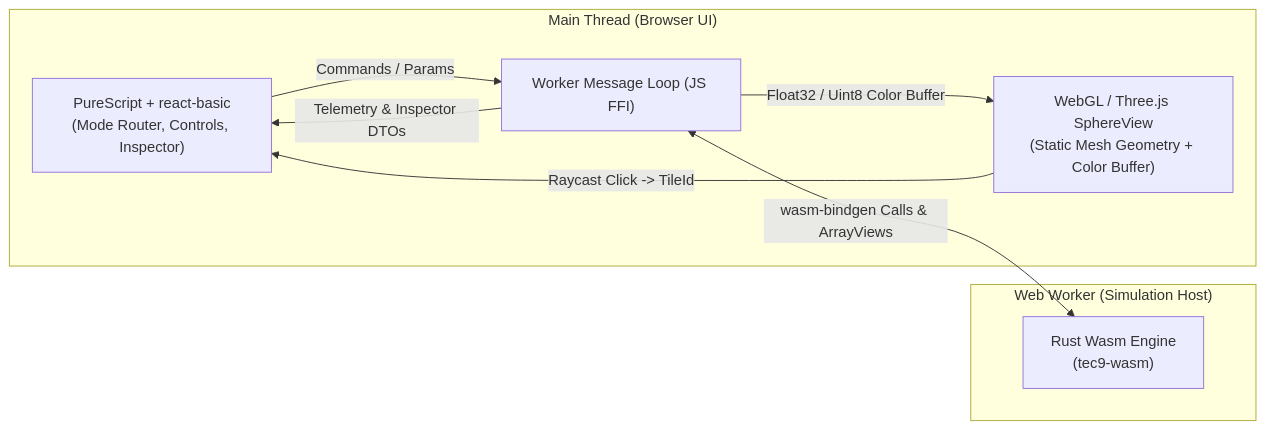
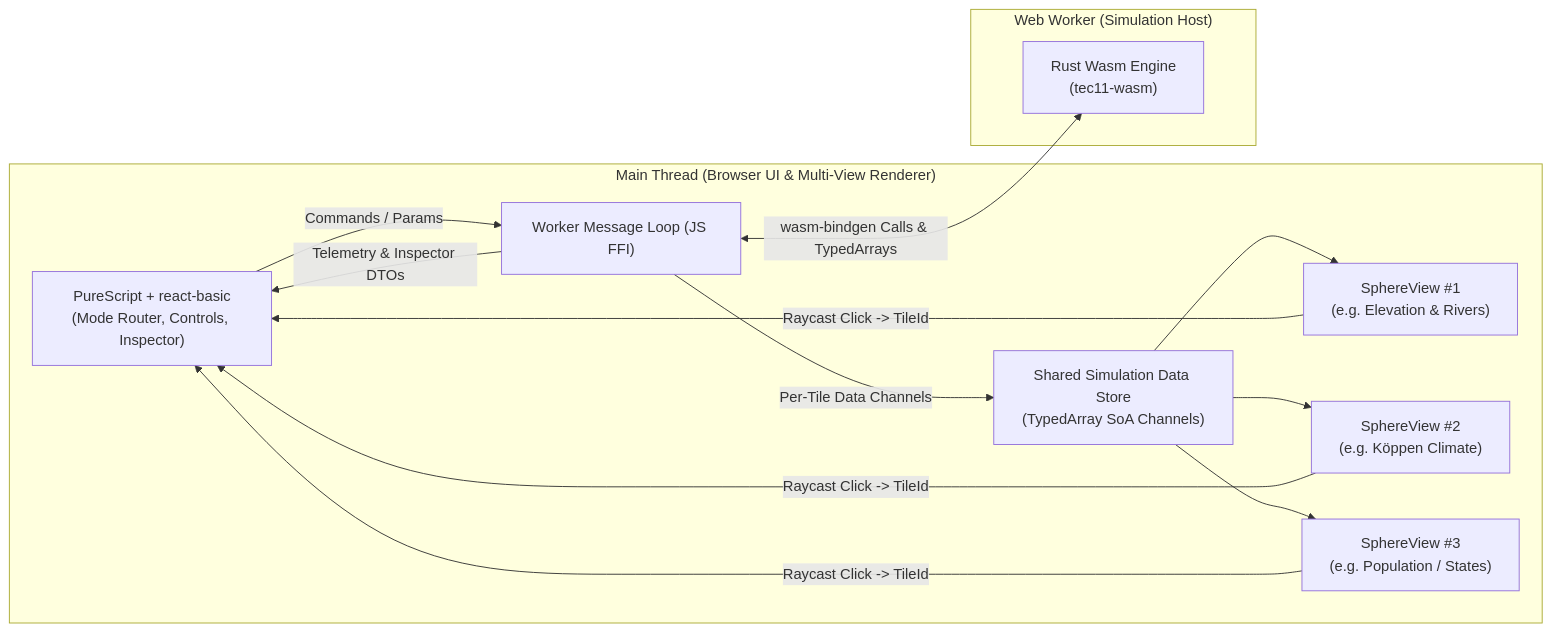
One commit to travis-scholtens/tec11 changed the diagram in docs/design_doc.md. Above: the diagram before and after it, drawn with Mermaid. The commit also changed other lines of this file, not shown here.

Commit message:
Update design doc for frontend colormapping and multi-viewport architecture

````diff
--- a/docs/design_doc.md
+++ b/docs/design_doc.md
@@ -28,17 +28,23 @@
 ```mermaid
 flowchart LR
-    subgraph MainThread["Main Thread (Browser UI)"]
+    subgraph MainThread["Main Thread (Browser UI & Multi-View Renderer)"]
         UI["PureScript + react-basic\n(Mode Router, Controls, Inspector)"]
-        GL["WebGL / Three.js SphereView\n(Static Mesh Geometry + Color Buffer)"]
+        Store["Shared Simulation Data Store\n(TypedArray SoA Channels)"]
+        V1["SphereView #1\n(e.g. Elevation & Rivers)"]
+        V2["SphereView #2\n(e.g. Köppen Climate)"]
+        V3["SphereView #3\n(e.g. Population / States)"]
         UI -->|Commands / Params| WorkerBridge
-        WorkerBridge -->|Float32 / Uint8 Color Buffer| GL
+        WorkerBridge -->|Per-Tile Data Channels| Store
         WorkerBridge -->|Telemetry & Inspector DTOs| UI
-        GL -->|Raycast Click -> TileId| UI
+        Store --> V1
+        Store --> V2
+        Store --> V3
+        V1 & V2 & V3 -->|Raycast Click -> TileId| UI
     end
 
     subgraph WorkerThread["Web Worker (Simulation Host)"]
         WorkerBridge["Worker Message Loop (JS FFI)"]
-        Wasm["Rust Wasm Engine\n(tec9-wasm)"]
-        WorkerBridge <-->|wasm-bindgen Calls & ArrayViews| Wasm
+        Wasm["Rust Wasm Engine\n(tec11-wasm)"]
+        WorkerBridge <-->|wasm-bindgen Calls & TypedArrays| Wasm
     end
 ```
````
